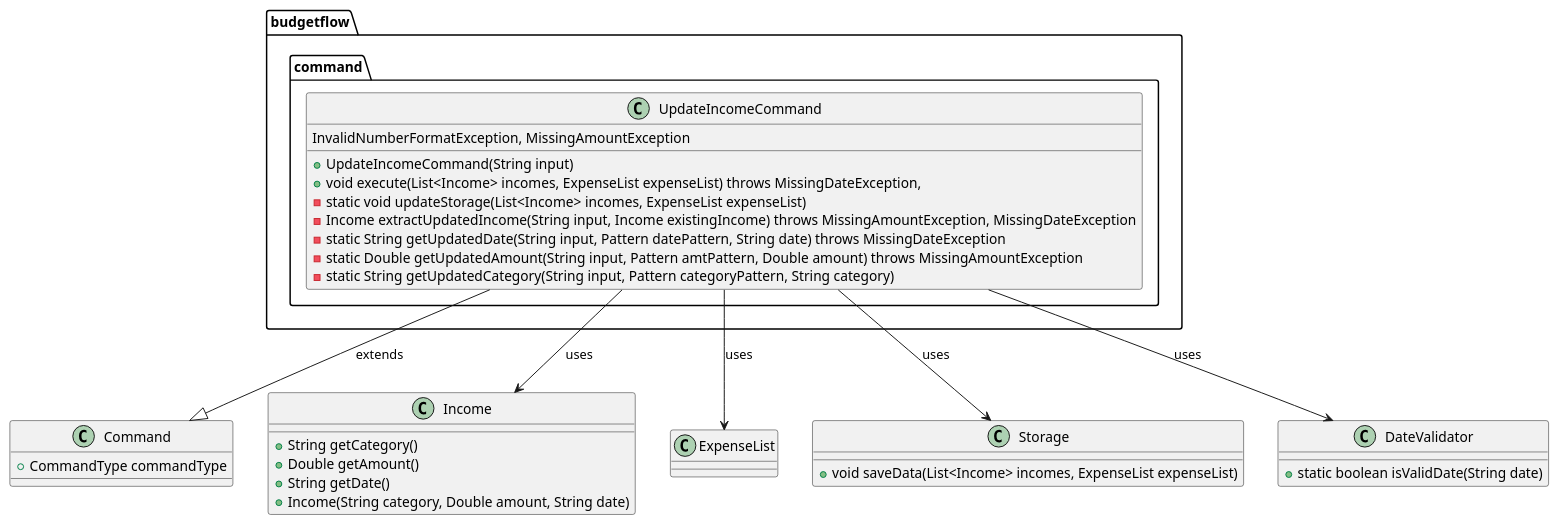
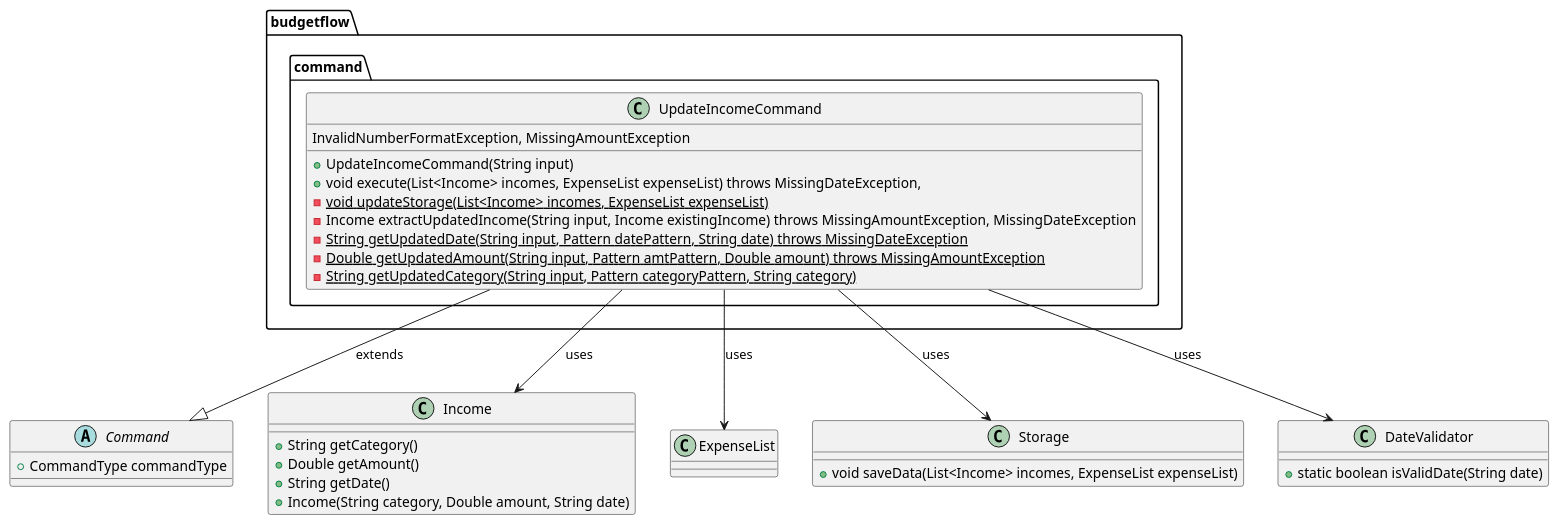
One commit to thienkimtranhoang/tp changed the diagram in docs/diagrams/UpdateIncomeCommandClass.puml. Above: the diagram before and after it, drawn with PlantUML. The commit also changed 4 other files, not shown here.

Commit message:
update plantUML class and sequence diagrams

```diff
--- a/docs/diagrams/UpdateIncomeCommandClass.puml
+++ b/docs/diagrams/UpdateIncomeCommandClass.puml
@@ -1,46 +1,46 @@
 @startuml
 ' Class Diagram for UpdateIncomeCommand
 
 package "budgetflow.command" {
     class UpdateIncomeCommand {
 
         + UpdateIncomeCommand(String input)
         + void execute(List<Income> incomes, ExpenseList expenseList) throws MissingDateException,
          InvalidNumberFormatException, MissingAmountException
-        - static void updateStorage(List<Income> incomes, ExpenseList expenseList)
+        - {static} void updateStorage(List<Income> incomes, ExpenseList expenseList)
         - Income extractUpdatedIncome(String input, Income existingIncome) throws MissingAmountException, MissingDateException
-        - static String getUpdatedDate(String input, Pattern datePattern, String date) throws MissingDateException
-        - static Double getUpdatedAmount(String input, Pattern amtPattern, Double amount) throws MissingAmountException
-        - static String getUpdatedCategory(String input, Pattern categoryPattern, String category)
+        - {static} String getUpdatedDate(String input, Pattern datePattern, String date) throws MissingDateException
+        - {static} Double getUpdatedAmount(String input, Pattern amtPattern, Double amount) throws MissingAmountException
+        - {static} String getUpdatedCategory(String input, Pattern categoryPattern, String category)
     }
 }
 
-class Command {
+abstract class Command {
     + CommandType commandType
 }
 
 class Income {
     + String getCategory()
     + Double getAmount()
     + String getDate()
     + Income(String category, Double amount, String date)
 }
 
 class ExpenseList {}
 
 class Storage {
     + void saveData(List<Income> incomes, ExpenseList expenseList)
 }
 
 class DateValidator {
     + static boolean isValidDate(String date)
 }
 
 ' Relationships
 UpdateIncomeCommand --|> Command : extends
 UpdateIncomeCommand --> Income : uses
 UpdateIncomeCommand --> ExpenseList : uses
 UpdateIncomeCommand --> Storage : uses
 UpdateIncomeCommand --> DateValidator : uses
 
 @enduml
```
